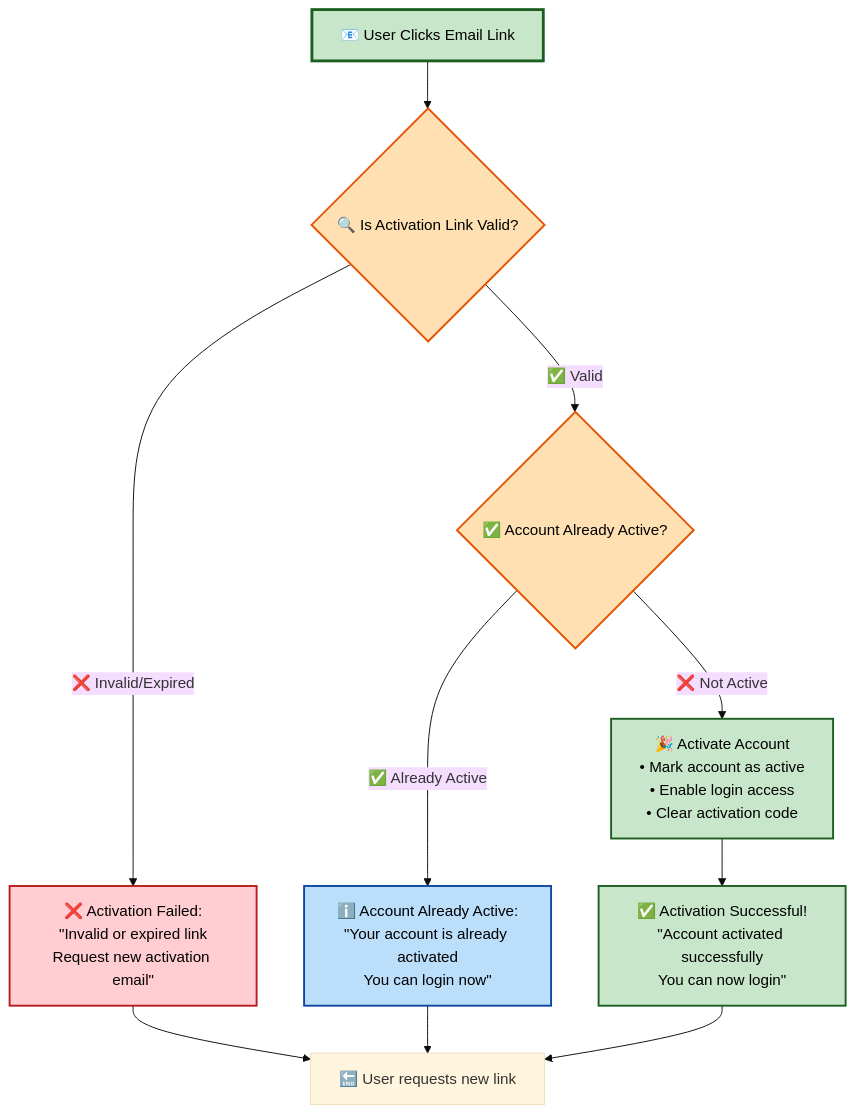
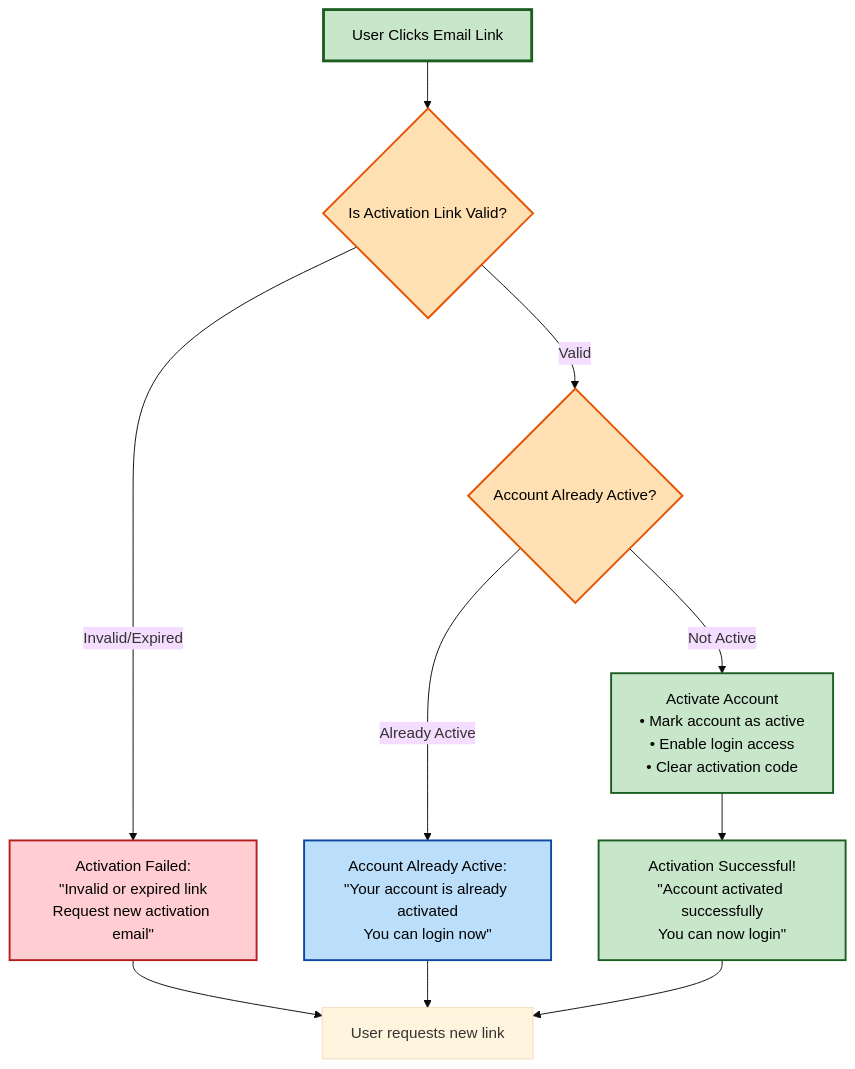
Before and after one commit to cup1111/zendulge-be: the third of 4 diagrams in diagrams/business-process-flows.md, drawn with Mermaid (base theme). The commit also changed other lines of this file, not shown here.

Commit message:
remove icon in flowchart digram

````diff
--- a/diagrams/business-process-flows.md
+++ b/diagrams/business-process-flows.md
@@ -86,31 +86,31 @@
 ```mermaid
 flowchart TD
-    StartActivation[📧 User Clicks Email Link] --> CheckToken{🔍 Is Activation Link Valid?}
+    StartActivation[User Clicks Email Link] --> CheckToken{Is Activation Link Valid?}
     
-    CheckToken -->|❌ Invalid/Expired| InvalidToken[❌ Activation Failed:<br/>&quot;Invalid or expired link<br/>Request new activation email&quot;]
+    CheckToken -->|Invalid/Expired| InvalidToken[Activation Failed:<br/>&quot;Invalid or expired link<br/>Request new activation email&quot;]
     
-    CheckToken -->|✅ Valid| CheckStatus{✅ Account Already Active?}
+    CheckToken -->|Valid| CheckStatus{Account Already Active?}
     
-    CheckStatus -->|✅ Already Active| AlreadyActive[ℹ️ Account Already Active:<br/>&quot;Your account is already activated<br/>You can login now&quot;]
+    CheckStatus -->|Already Active| AlreadyActive[Account Already Active:<br/>&quot;Your account is already activated<br/>You can login now&quot;]
     
-    CheckStatus -->|❌ Not Active| ActivateAccount[🎉 Activate Account<br/>• Mark account as active<br/>• Enable login access<br/>• Clear activation code]
+    CheckStatus -->|Not Active| ActivateAccount[Activate Account<br/>• Mark account as active<br/>• Enable login access<br/>• Clear activation code]
     
-    ActivateAccount --> ActivationSuccess[✅ Activation Successful!<br/>&quot;Account activated successfully<br/>You can now login&quot;]
+    ActivateAccount --> ActivationSuccess[Activation Successful!<br/>&quot;Account activated successfully<br/>You can now login&quot;]
     
-    InvalidToken --> EndActivation[🔚 User requests new link]
+    InvalidToken --> EndActivation[User requests new link]
     AlreadyActive --> EndActivation
     ActivationSuccess --> EndActivation
     
     %% Styling
     classDef startClass fill:#c8e6c9,stroke:#1b5e20,stroke-width:3px,color:#000000
     classDef errorClass fill:#ffcdd2,stroke:#b71c1c,stroke-width:2px,color:#000000  
     classDef successClass fill:#c8e6c9,stroke:#1b5e20,stroke-width:2px,color:#000000
     classDef infoClass fill:#bbdefb,stroke:#0d47a1,stroke-width:2px,color:#000000
     classDef decisionClass fill:#ffe0b2,stroke:#e65100,stroke-width:2px,color:#000000
     
     class StartActivation startClass
     class InvalidToken errorClass
     class ActivateAccount,ActivationSuccess successClass
     class AlreadyActive infoClass
     class CheckToken,CheckStatus decisionClass
 ```
````
